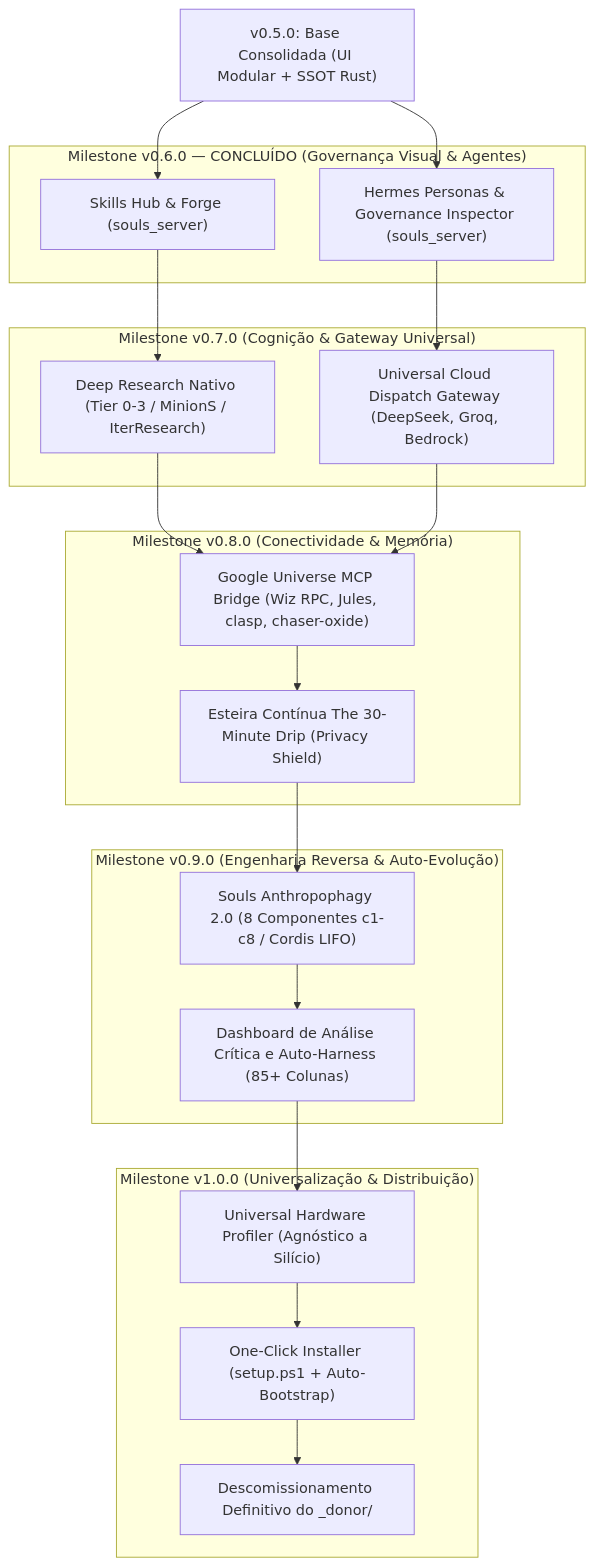
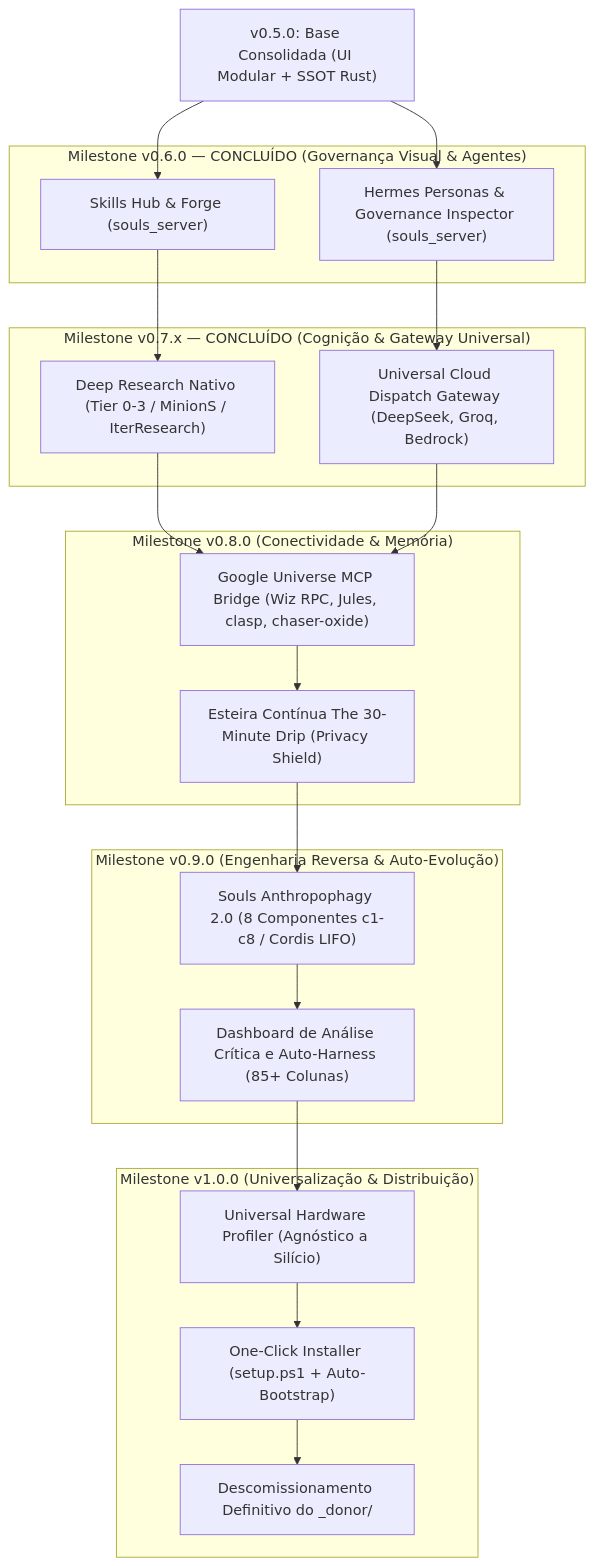
One commit to brunosrosa/souls_engine changed the second of 2 diagrams in docs/planning/roadmap/SOULS_ENGINE_ROADMAP_NEXT_DELIVERIES.md. Above: the diagram before and after it, drawn with Mermaid. The commit also changed other lines of this file, not shown here.

Commit message:
docs(roadmap): atualizar roadmap com fechamento v0.7.x e melhorias mapeadas

````diff
--- a/docs/planning/roadmap/SOULS_ENGINE_ROADMAP_NEXT_DELIVERIES.md
+++ b/docs/planning/roadmap/SOULS_ENGINE_ROADMAP_NEXT_DELIVERIES.md
@@ -440,43 +470,43 @@
 ```mermaid
 flowchart TD
     v050["v0.5.0: Base Consolidada (UI Modular + SSOT Rust)"]
     
     subgraph M060 ["Milestone v0.6.0 — CONCLUÍDO (Governança Visual & Agentes)"]
         SkillsHub["Skills Hub & Forge (souls_server)"]
         Personas["Hermes Personas & Governance Inspector (souls_server)"]
     end
 
-    subgraph M070 ["Milestone v0.7.0 (Cognição & Gateway Universal)"]
+    subgraph M070 ["Milestone v0.7.x — CONCLUÍDO (Cognição & Gateway Universal)"]
         DeepResearch["Deep Research Nativo (Tier 0-3 / MinionS / IterResearch)"]
         MultiCloud["Universal Cloud Dispatch Gateway (DeepSeek, Groq, Bedrock)"]
     end
 
     subgraph M080 ["Milestone v0.8.0 (Conectividade & Memória)"]
         GoogleBridge["Google Universe MCP Bridge (Wiz RPC, Jules, clasp, chaser-oxide)"]
         ObsidianDrip["Esteira Contínua The 30-Minute Drip (Privacy Shield)"]
     end
 
     subgraph M090 ["Milestone v0.9.0 (Engenharia Reversa & Auto-Evolução)"]
         Anthropophagy["Souls Anthropophagy 2.0 (8 Componentes c1-c8 / Cordis LIFO)"]
         EvolutionDash["Dashboard de Análise Crítica e Auto-Harness (85+ Colunas)"]
     end
 
     subgraph M100 ["Milestone v1.0.0 (Universalização & Distribuição)"]
         AutoTuning["Universal Hardware Profiler (Agnóstico a Silício)"]
         Installer["One-Click Installer (setup.ps1 + Auto-Bootstrap)"]
         DecomDonor["Descomissionamento Definitivo do _donor/"]
     end
 
     v050 --> SkillsHub
     v050 --> Personas
     SkillsHub --> DeepResearch
     Personas --> MultiCloud
     DeepResearch --> GoogleBridge
     MultiCloud --> GoogleBridge
     GoogleBridge --> ObsidianDrip
     ObsidianDrip --> Anthropophagy
     Anthropophagy --> EvolutionDash
     EvolutionDash --> AutoTuning
     AutoTuning --> Installer
     Installer --> DecomDonor
 ```
````
